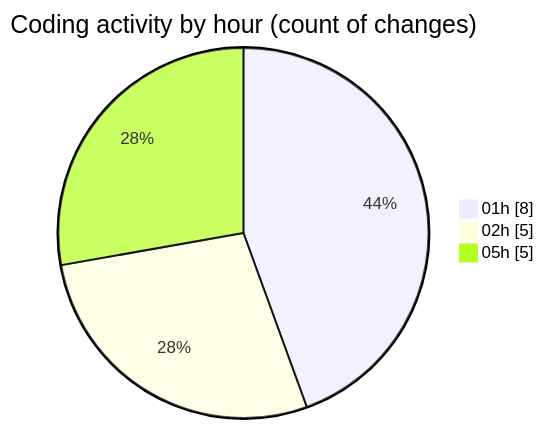
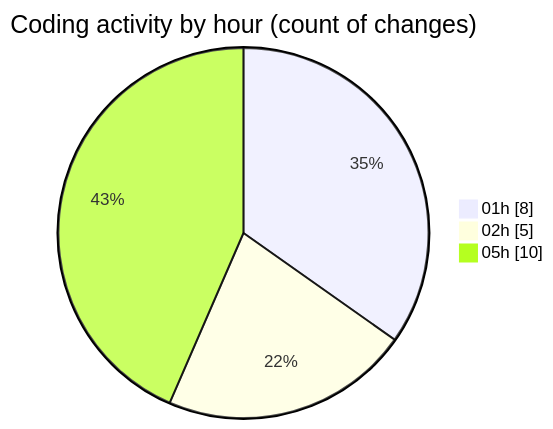
Before and after one commit to julien-gomy/code-tracking: the second of 2 diagrams in 2025-11-21/eventscop-api-guide__workspace_/README.md, drawn with Mermaid. The commit also changed other lines of this file and 1 other file, not shown here.

````diff
--- a/2025-11-21/eventscop-api-guide__workspace_/README.md
+++ b/2025-11-21/eventscop-api-guide__workspace_/README.md
@@ -37,7 +38,7 @@
 ```mermaid
 pie showData
 title Coding activity by hour (count of changes)
 "01h" : 8
 "02h" : 5
-"05h" : 5
+"05h" : 10
 ```
````
